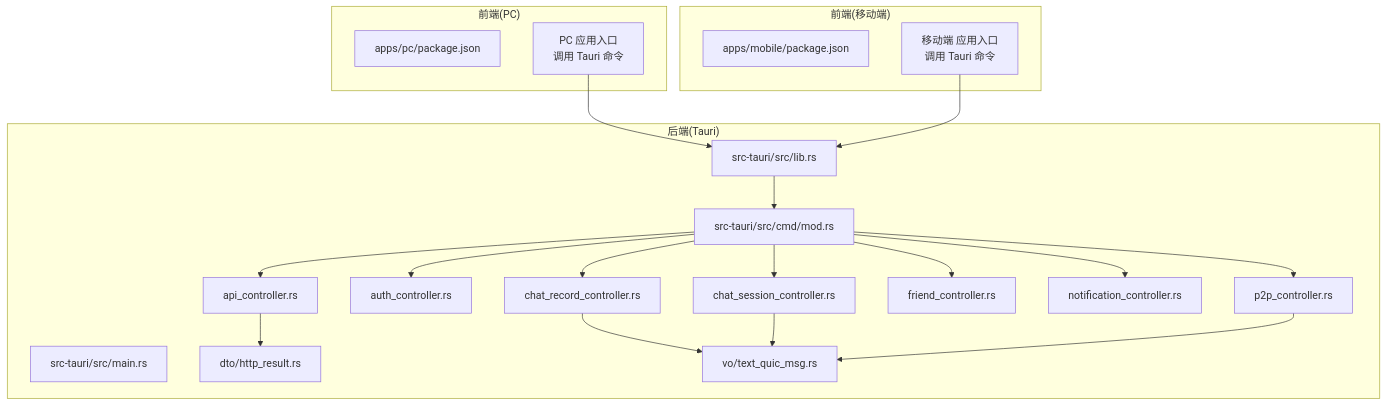
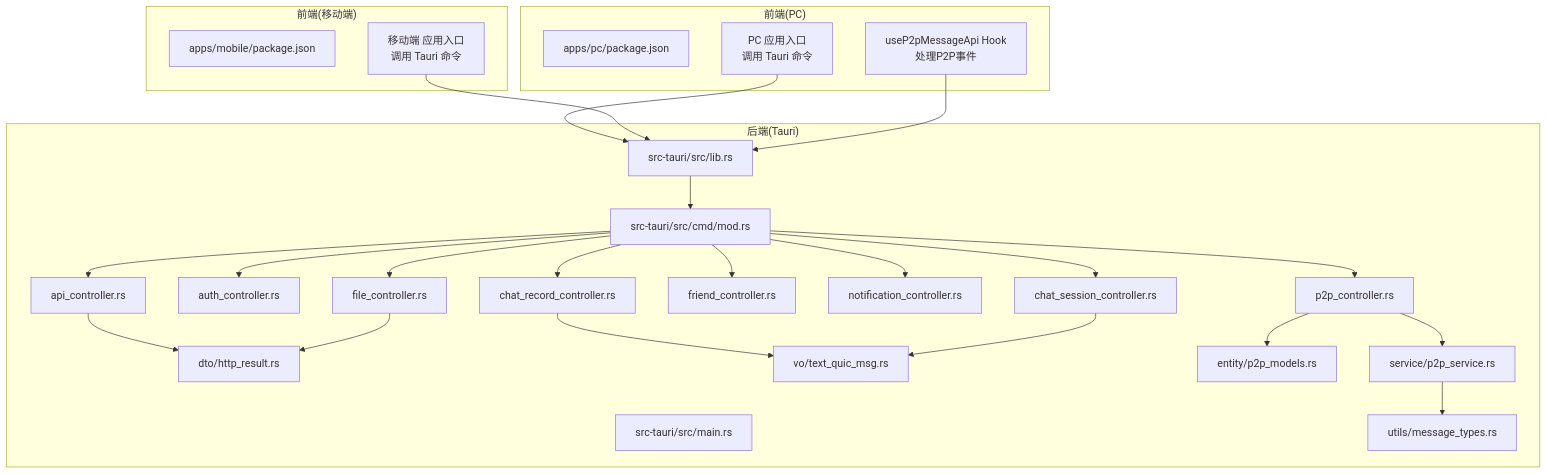
One commit to nicolastinger/only-talk-app changed the first of 9 diagrams in .qoder/repowiki/zh/content/API参考/API参考.md. Above: the diagram before and after it, drawn with Mermaid. The commit also changed other lines of this file and 9 other files, not shown here.

````diff
--- a/.qoder/repowiki/zh/content/API参考/API参考.md
+++ b/.qoder/repowiki/zh/content/API参考/API参考.md
@@ -46,39 +62,49 @@
 ```mermaid
 graph TB
 subgraph "前端(PC)"
 PC_PKG["apps/pc/package.json"]
 PC_APP["PC 应用入口<br/>调用 Tauri 命令"]
+USE_P2P["useP2pMessageApi Hook<br/>处理P2P事件"]
 end
 subgraph "前端(移动端)"
 MOB_PKG["apps/mobile/package.json"]
 MOB_APP["移动端 应用入口<br/>调用 Tauri 命令"]
 end
 subgraph "后端(Tauri)"
 MAIN["src-tauri/src/main.rs"]
 LIB["src-tauri/src/lib.rs"]
 MOD["src-tauri/src/cmd/mod.rs"]
 API["api_controller.rs"]
 AUTH["auth_controller.rs"]
 CHAT["chat_record_controller.rs"]
 SESSION["chat_session_controller.rs"]
 FRIEND["friend_controller.rs"]
 NOTI["notification_controller.rs"]
 P2P["p2p_controller.rs"]
+FILE["file_controller.rs"]
 DTO["dto/http_result.rs"]
 VO["vo/text_quic_msg.rs"]
+MODELS["entity/p2p_models.rs"]
+SERVICE["service/p2p_service.rs"]
+MSG_TYPES["utils/message_types.rs"]
 end
 PC_APP --> LIB
 MOB_APP --> LIB
+USE_P2P --> LIB
 LIB --> MOD
 MOD --> API
 MOD --> AUTH
 MOD --> CHAT
 MOD --> SESSION
 MOD --> FRIEND
 MOD --> NOTI
 MOD --> P2P
+MOD --> FILE
 API --> DTO
 CHAT --> VO
 SESSION --> VO
-P2P --> VO
+P2P --> MODELS
+P2P --> SERVICE
+SERVICE --> MSG_TYPES
+FILE --> DTO
 ```
````
